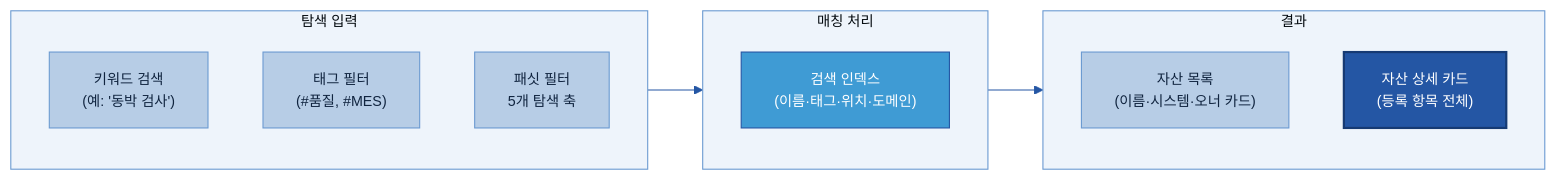
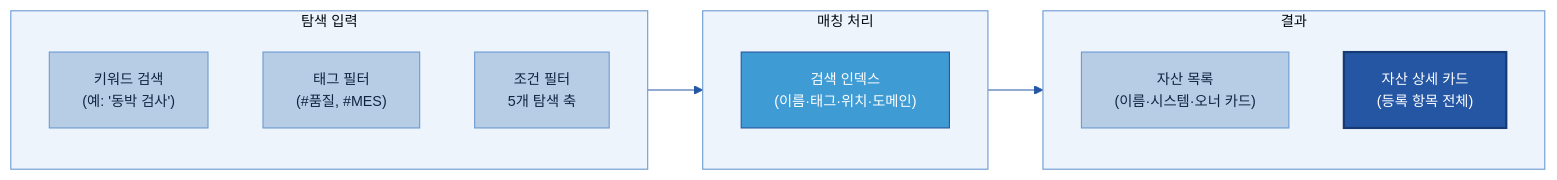
Before and after one commit to jin-kearney/ai-ready-data-manual: the fourth of 13 diagrams in 가이드 작성/A-1 데이터 카탈로그/A-1 데이터 카탈로그.md, drawn with Mermaid. The commit also changed other lines of this file and 1 other file, not shown here.

````diff
--- a/가이드 작성/A-1 데이터 카탈로그/A-1 데이터 카탈로그.md
+++ b/가이드 작성/A-1 데이터 카탈로그/A-1 데이터 카탈로그.md
@@ -231,20 +251,20 @@
 ```mermaid
 %%{init: {'theme':'base','themeVariables':{'primaryColor':'#DCE8F5','primaryBorderColor':'#2456A4','primaryTextColor':'#10243f','lineColor':'#2456A4','clusterBkg':'#EEF4FB','clusterBorder':'#6B9AD1','fontSize':'13px'}}}%%
 flowchart LR
     subgraph INPUT["탐색 입력"]
         KW["키워드 검색<br/>(예: '동박 검사')"]:::n
         TAG["태그 필터<br/>(#품질, #MES)"]:::n
-        FACET["패싯 필터<br/>5개 탐색 축"]:::n
+        FACET["조건 필터<br/>5개 탐색 축"]:::n
     end
     subgraph PROC["매칭 처리"]
         IDX["검색 인덱스<br/>(이름·태그·위치·도메인)"]:::gate
     end
     subgraph OUT["결과"]
         LIST["자산 목록<br/>(이름·시스템·오너 카드)"]:::n
         CARD["자산 상세 카드<br/>(등록 항목 전체)"]:::cat
     end
     INPUT --> PROC --> OUT
     classDef n fill:#B7CDE6,stroke:#6B9AD1,color:#10243f;
     classDef cat fill:#2456A4,color:#fff,stroke:#163a73,stroke-width:2px;
     classDef gate fill:#3F9BD4,stroke:#2456A4,color:#fff;
 ```
````
